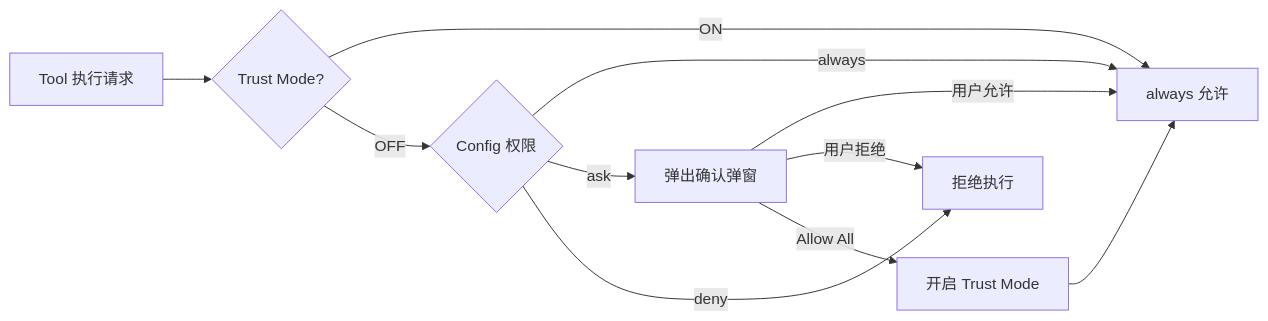
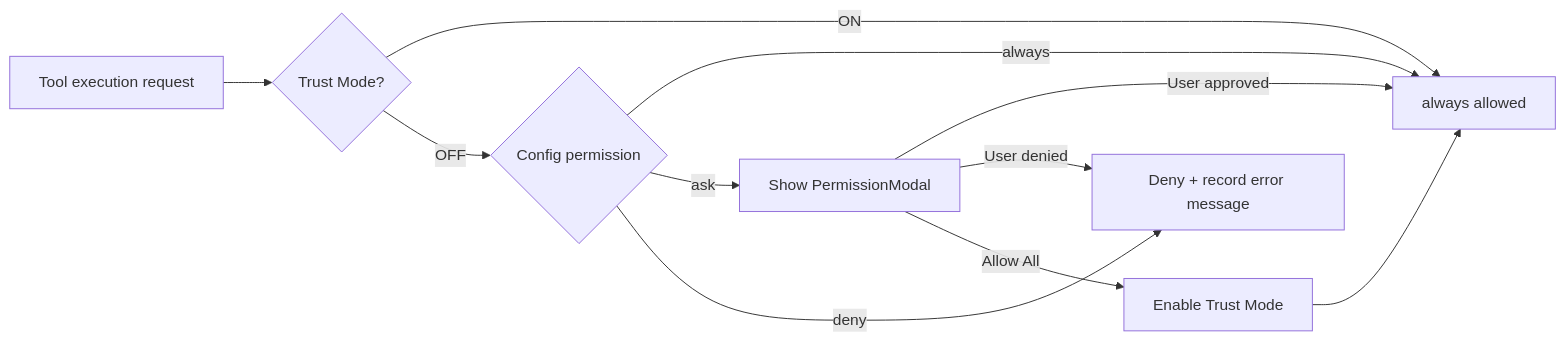
The fifth of 6 diagrams in docs/architecture.md (XieZehuai/my-coding-agent), drawn with Mermaid before and after one commit. The commit also changed other lines of this file and 22 other files, not shown here.

````diff
--- a/docs/architecture.md
+++ b/docs/architecture.md
@@ -292,13 +396,13 @@
 ```mermaid
 flowchart LR
-    A[Tool 执行请求] --> B{Trust Mode?}
-    B -->|ON| E[always 允许]
-    B -->|OFF| C{Config 权限}
+    A[Tool execution request] --> B{Trust Mode?}
+    B -->|ON| E[always allowed]
+    B -->|OFF| C{Config permission}
     C -->|always| E
-    C -->|ask| F[弹出确认弹窗]
-    C -->|deny| G[拒绝执行]
-    F -->|用户允许| E
-    F -->|用户拒绝| G
-    F -->|Allow All| H[开启 Trust Mode]
+    C -->|ask| F[Show PermissionModal]
+    C -->|deny| G[Deny + record error message]
+    F -->|User approved| E
+    F -->|User denied| G
+    F -->|Allow All| H[Enable Trust Mode]
     H --> E
 ```
````
